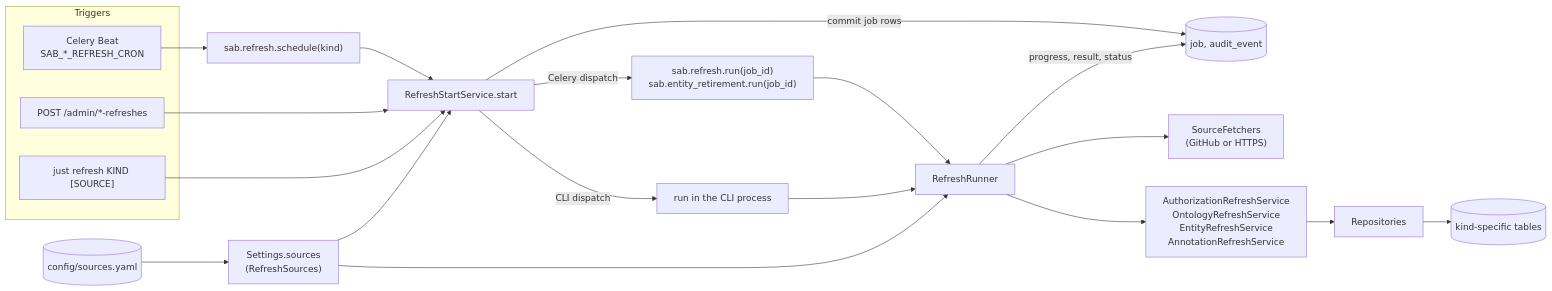
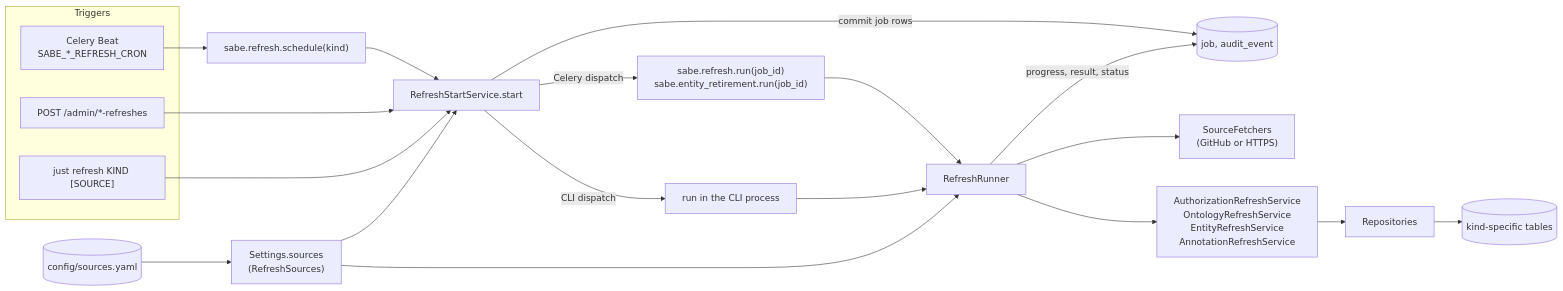
The first of 5 diagrams in docs/refresh-infrastructure.md (geneontology/standard-annotation-backend), drawn with Mermaid before and after one commit. The commit also changed other lines of this file and 93 other files, not shown here.

Commit message:
Change initialism from SAB to SABE

````diff
--- a/docs/refresh-infrastructure.md
+++ b/docs/refresh-infrastructure.md
@@ -30,29 +30,29 @@
 ```mermaid
 flowchart LR
     subgraph Triggers
-        beat["Celery Beat<br/>SAB_*_REFRESH_CRON"]
+        beat["Celery Beat<br/>SABE_*_REFRESH_CRON"]
         api["POST /admin/*-refreshes"]
         cli["just refresh KIND [SOURCE]"]
     end
 
     yaml[("config/sources.yaml")] --> settings["Settings.sources<br/>(RefreshSources)"]
 
-    beat --> sched["sab.refresh.schedule(kind)"]
+    beat --> sched["sabe.refresh.schedule(kind)"]
     sched --> start["RefreshStartService.start"]
     api --> start
     cli --> start
     settings --> start
 
     start -->|"commit job rows"| jobs[("job, audit_event")]
-    start -->|"Celery dispatch"| run["sab.refresh.run(job_id)<br/>sab.entity_retirement.run(job_id)"]
+    start -->|"Celery dispatch"| run["sabe.refresh.run(job_id)<br/>sabe.entity_retirement.run(job_id)"]
     start -->|"CLI dispatch"| inproc["run in the CLI process"]
 
     run --> runner["RefreshRunner"]
     inproc --> runner
     settings --> runner
     runner --> fetch["SourceFetchers<br/>(GitHub or HTTPS)"]
     runner --> services["AuthorizationRefreshService<br/>OntologyRefreshService<br/>EntityRefreshService<br/>AnnotationRefreshService"]
     services --> repos["Repositories"]
     repos --> tables[("kind-specific tables")]
     runner -->|"progress, result, status"| jobs
 ```
````
